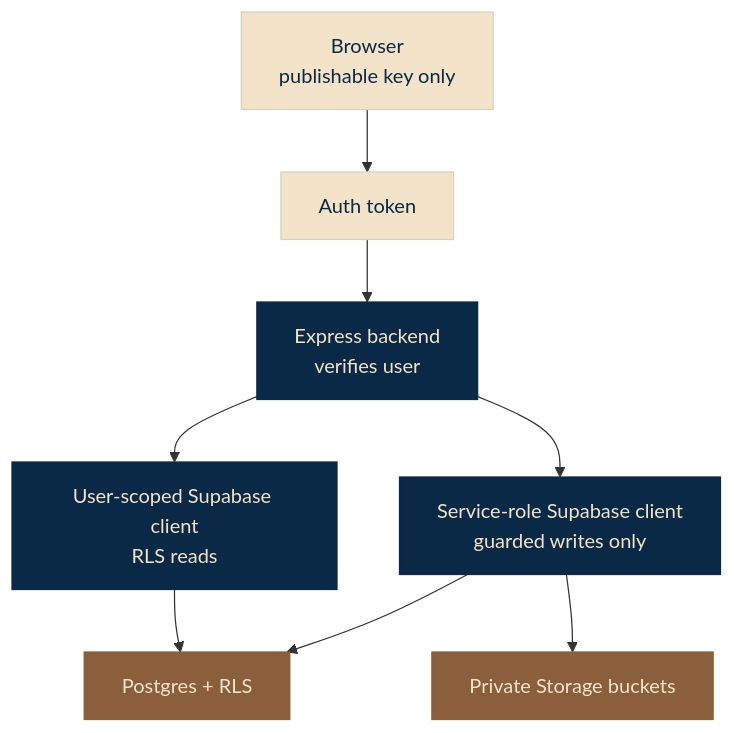
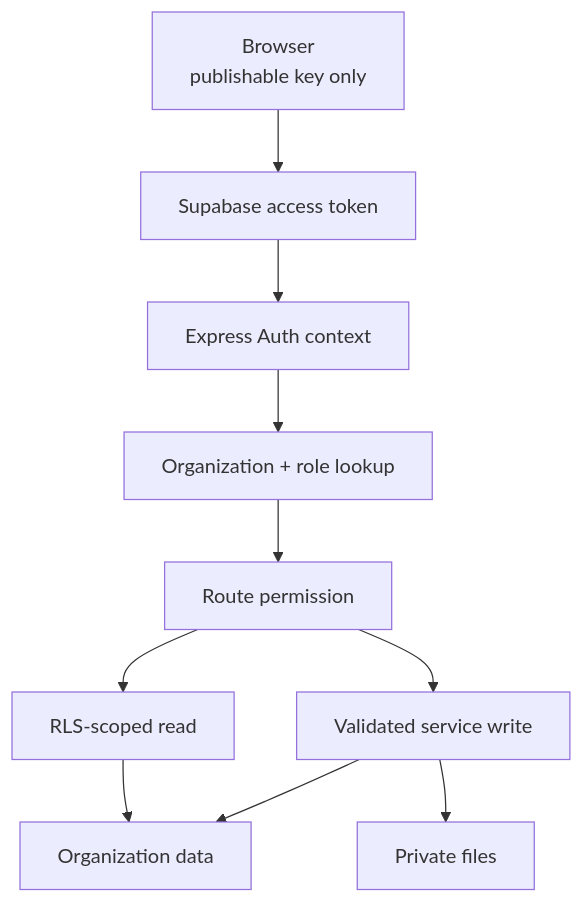
One commit to FardeenAnsari/vetanflow changed the second of 3 diagrams in README.md. Above: the diagram before and after it, drawn with Mermaid. The commit also changed other lines of this file and 112 other files, not shown here.

````diff
--- a/README.md
+++ b/README.md
@@ -110,17 +162,12 @@
 ```mermaid
 flowchart TB
-  browser["Browser<br/>publishable key only"] --> token["Auth token"]
-  token --> backend["Express backend<br/>verifies user"]
-  backend --> userClient["User-scoped Supabase client<br/>RLS reads"]
-  backend --> serviceClient["Service-role Supabase client<br/>guarded writes only"]
-  userClient --> db["Postgres + RLS"]
-  serviceClient --> db
-  serviceClient --> privateStorage["Private Storage buckets"]
-
-  classDef public fill:#F3E4C9,color:#0A2947,stroke:#D3D4C0;
-  classDef server fill:#0A2947,color:#F3E4C9,stroke:#0A2947;
-  classDef data fill:#8B5E3C,color:#F3E4C9,stroke:#8B5E3C;
-  class browser,token public;
-  class backend,userClient,serviceClient server;
-  class db,privateStorage data;
+  browser["Browser\npublishable key only"] --> token["Supabase access token"]
+  token --> backend["Express Auth context"]
+  backend --> role["Organization + role lookup"]
+  role --> route["Route permission"]
+  route --> rls["RLS-scoped read"]
+  route --> guarded["Validated service write"]
+  rls --> data["Organization data"]
+  guarded --> data
+  guarded --> files["Private files"]
 ```
````
